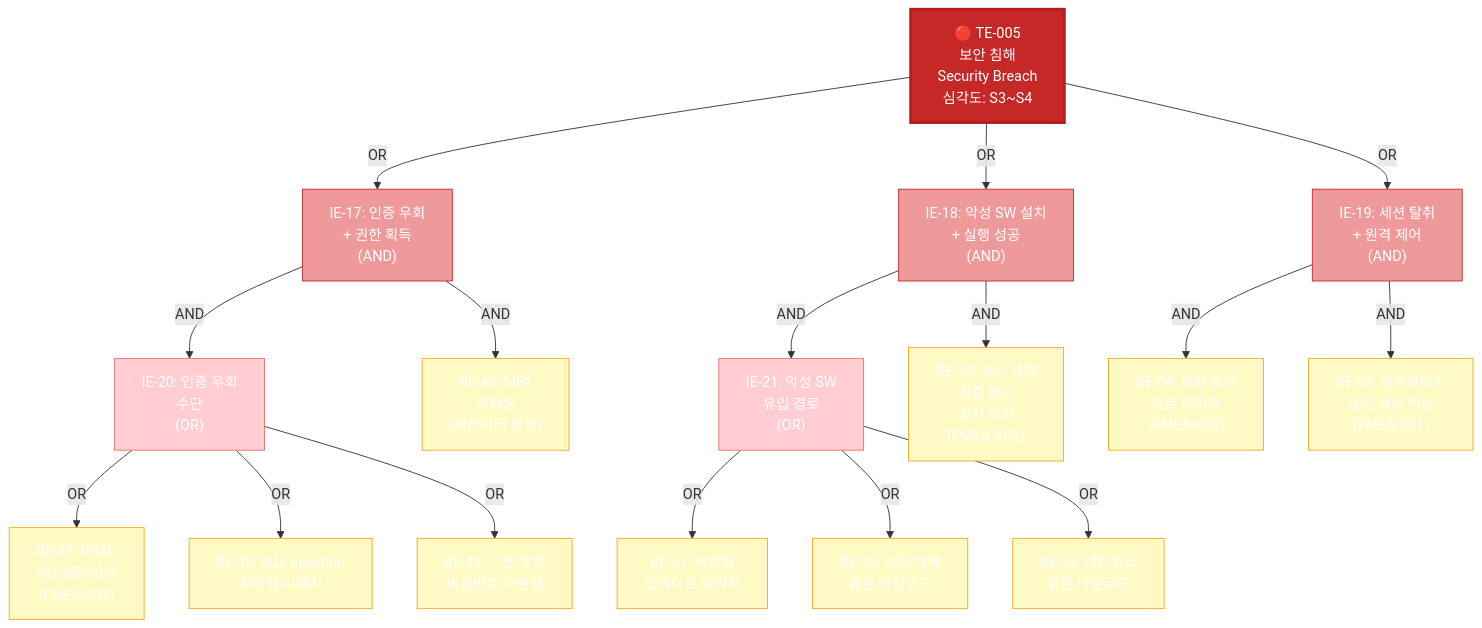
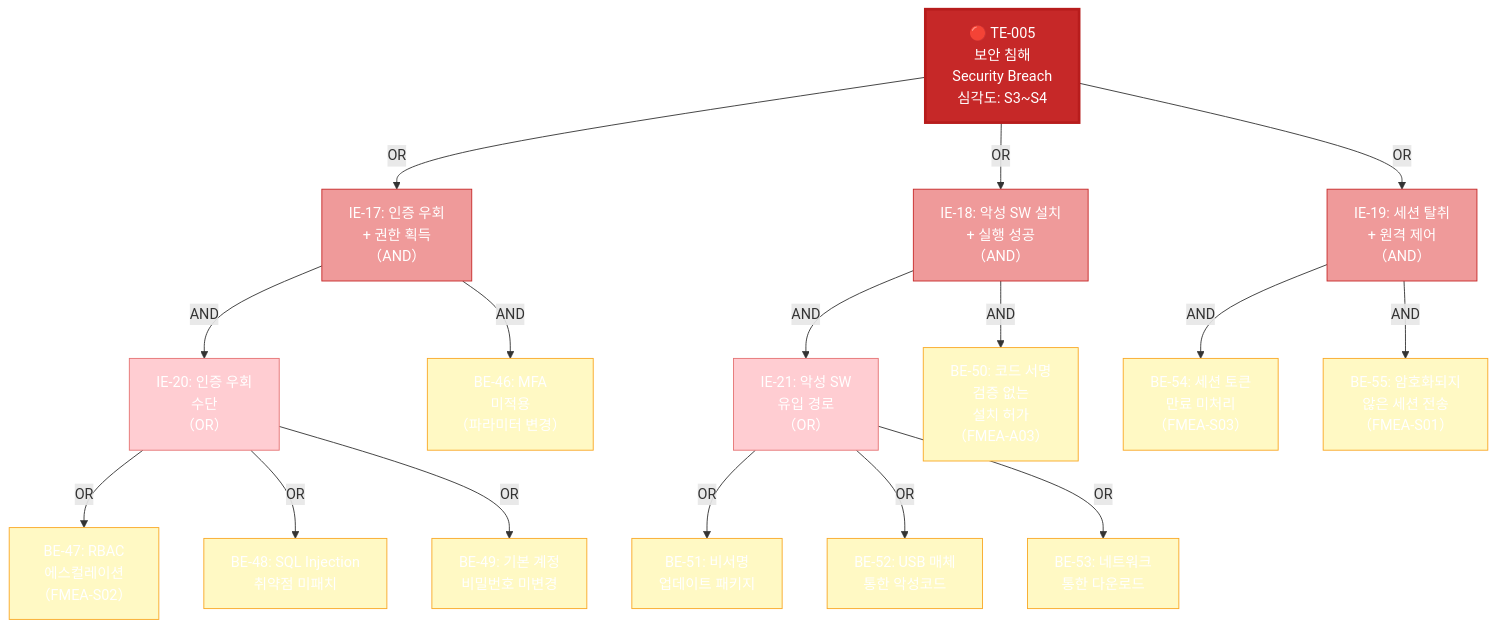
The seventh of 11 diagrams in docs/risk/DOC-009_FMEA_v1.0.md (holee9/console-gui), drawn with Mermaid before and after one commit. The commit also changed other lines of this file and 22 other files, not shown here.

First line of the commit message:
fix: Mermaid flowchart 노드 내 괄호 파싱 오류 전면 수정

````diff
--- a/docs/risk/DOC-009_FMEA_v1.0.md
+++ b/docs/risk/DOC-009_FMEA_v1.0.md
@@ -603,49 +603,49 @@
 ```mermaid
 graph TD
     classDef default fill:#444,stroke:#666,color:#fff
     TE5["🔴 TE-005\n보안 침해\nSecurity Breach\n심각도: S3~S4"]
 
     TE5 -- OR --> IE17
     TE5 -- OR --> IE18
     TE5 -- OR --> IE19
 
-    IE17["IE-17: 인증 우회\n+ 권한 획득\n(AND)"]
-    IE18["IE-18: 악성 SW 설치\n+ 실행 성공\n(AND)"]
-    IE19["IE-19: 세션 탈취\n+ 원격 제어\n(AND)"]
+    IE17["IE-17: 인증 우회\n+ 권한 획득\n（AND）"]
+    IE18["IE-18: 악성 SW 설치\n+ 실행 성공\n（AND）"]
+    IE19["IE-19: 세션 탈취\n+ 원격 제어\n（AND）"]
 
     IE17 -- AND --> IE20
-    IE17 -- AND --> BE46["BE-46: MFA\n미적용\n(파라미터 변경)"]
+    IE17 -- AND --> BE46["BE-46: MFA\n미적용\n（파라미터 변경）"]
 
-    IE20["IE-20: 인증 우회\n수단\n(OR)"]
-    IE20 -- OR --> BE47["BE-47: RBAC\n에스컬레이션\n(FMEA-S02)"]
+    IE20["IE-20: 인증 우회\n수단\n（OR）"]
+    IE20 -- OR --> BE47["BE-47: RBAC\n에스컬레이션\n（FMEA-S02）"]
     IE20 -- OR --> BE48["BE-48: SQL Injection\n취약점 미패치"]
     IE20 -- OR --> BE49["BE-49: 기본 계정\n비밀번호 미변경"]
 
     IE18 -- AND --> IE21
-    IE18 -- AND --> BE50["BE-50: 코드 서명\n검증 없는\n설치 허가\n(FMEA-A03)"]
+    IE18 -- AND --> BE50["BE-50: 코드 서명\n검증 없는\n설치 허가\n（FMEA-A03）"]
 
-    IE21["IE-21: 악성 SW\n유입 경로\n(OR)"]
+    IE21["IE-21: 악성 SW\n유입 경로\n（OR）"]
     IE21 -- OR --> BE51["BE-51: 비서명\n업데이트 패키지"]
     IE21 -- OR --> BE52["BE-52: USB 매체\n통한 악성코드"]
     IE21 -- OR --> BE53["BE-53: 네트워크\n통한 다운로드"]
 
-    IE19 -- AND --> BE54["BE-54: 세션 토큰\n만료 미처리\n(FMEA-S03)"]
-    IE19 -- AND --> BE55["BE-55: 암호화되지\n않은 세션 전송\n(FMEA-S01)"]
+    IE19 -- AND --> BE54["BE-54: 세션 토큰\n만료 미처리\n（FMEA-S03）"]
+    IE19 -- AND --> BE55["BE-55: 암호화되지\n않은 세션 전송\n（FMEA-S01）"]
 
     style TE5 fill:#c62828,color:#ffffff,stroke:#b71c1c,stroke-width:3px
     style IE17 fill:#ef9a9a,stroke:#c62828
     style IE18 fill:#ef9a9a,stroke:#c62828
     style IE19 fill:#ef9a9a,stroke:#c62828
     style IE20 fill:#ffcdd2,stroke:#e57373
     style IE21 fill:#ffcdd2,stroke:#e57373
     style BE46 fill:#fff9c4,stroke:#f9a825
     style BE47 fill:#fff9c4,stroke:#f9a825
     style BE48 fill:#fff9c4,stroke:#f9a825
     style BE49 fill:#fff9c4,stroke:#f9a825
     style BE50 fill:#fff9c4,stroke:#f9a825
     style BE51 fill:#fff9c4,stroke:#f9a825
     style BE52 fill:#fff9c4,stroke:#f9a825
     style BE53 fill:#fff9c4,stroke:#f9a825
     style BE54 fill:#fff9c4,stroke:#f9a825
     style BE55 fill:#fff9c4,stroke:#f9a825
 ```
````
